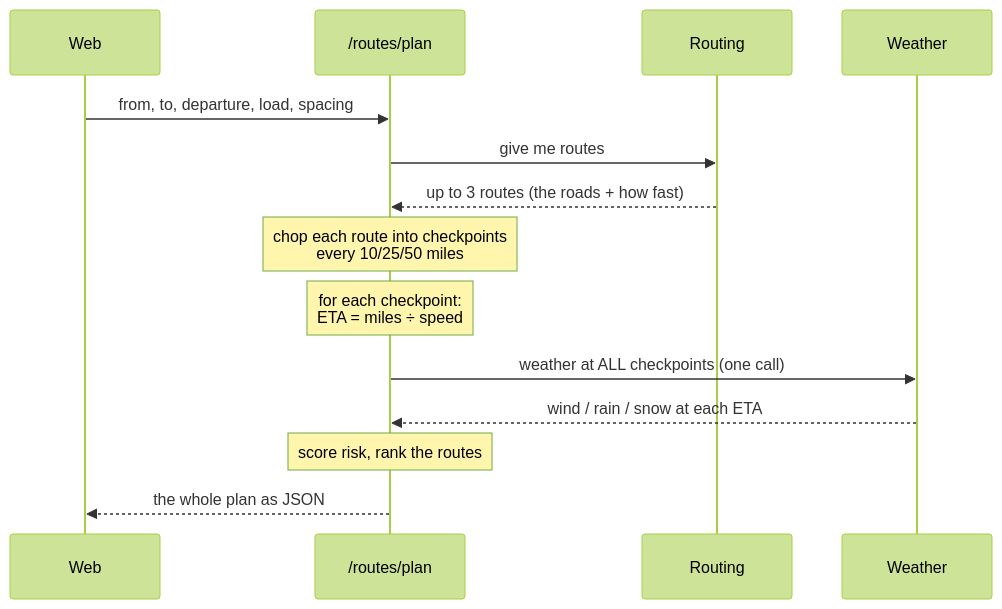
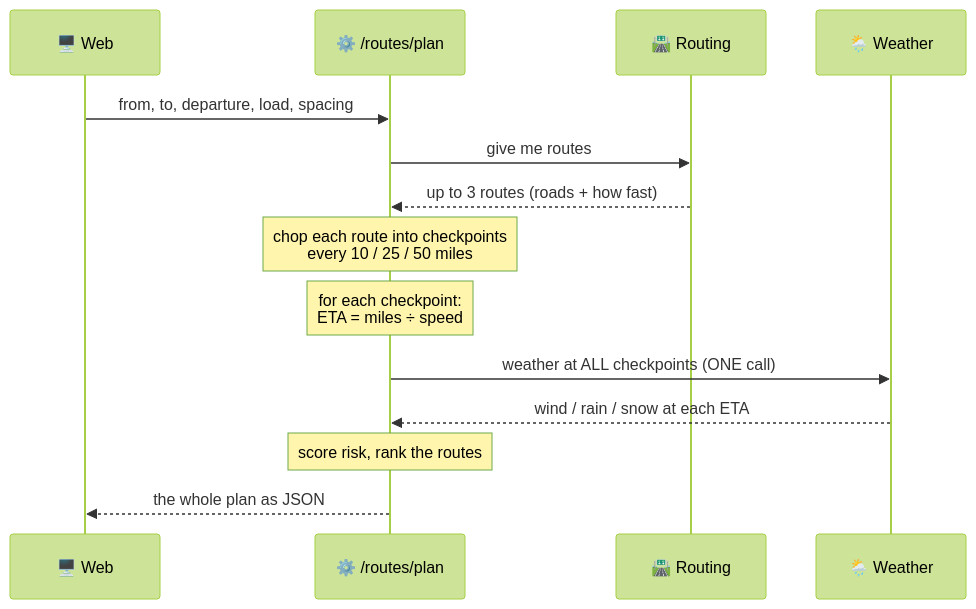
Before and after one commit to Maham-Anwaar/truck-routing: the second of 5 diagrams in docs/WALKTHROUGH.md, drawn with Mermaid (forest theme). The commit also changed other lines of this file, not shown here.

````diff
--- a/docs/WALKTHROUGH.md
+++ b/docs/WALKTHROUGH.md
@@ -43,16 +65,16 @@
 ```mermaid
 sequenceDiagram
-    participant You as Web
-    participant API as /routes/plan
-    participant R as Routing
-    participant WX as Weather
+    participant You as 🖥️ Web
+    participant API as ⚙️ /routes/plan
+    participant R as 🛣️ Routing
+    participant WX as 🌦️ Weather
     You->>API: from, to, departure, load, spacing
     API->>R: give me routes
-    R-->>API: up to 3 routes (the roads + how fast)
-    Note over API: chop each route into checkpoints<br/>every 10/25/50 miles
+    R-->>API: up to 3 routes (roads + how fast)
+    Note over API: chop each route into checkpoints<br/>every 10 / 25 / 50 miles
     Note over API: for each checkpoint:<br/>ETA = miles ÷ speed
-    API->>WX: weather at ALL checkpoints (one call)
+    API->>WX: weather at ALL checkpoints (ONE call)
     WX-->>API: wind / rain / snow at each ETA
     Note over API: score risk, rank the routes
     API-->>You: the whole plan as JSON
 ```
````
